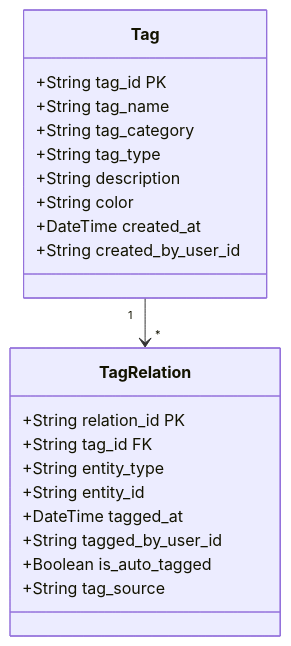
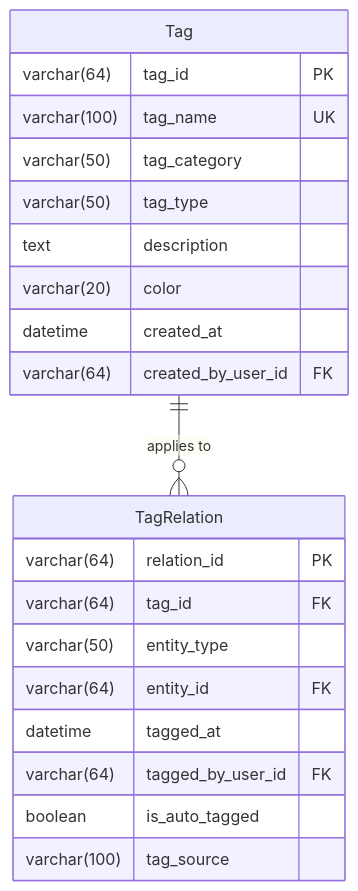
Before and after one commit to 312268112/advanced-java: diagram 11 of 26 in docs/b2b-cdp-entity-design.md, drawn with Mermaid. The commit also changed other lines of this file, not shown here.

Commit message:
Refactor: Improve B2B CDP entity design documentation

````diff
--- a/docs/b2b-cdp-entity-design.md
+++ b/docs/b2b-cdp-entity-design.md
@@ -567,26 +666,26 @@
 ```mermaid
-classDiagram
-    class Tag {
-        +String tag_id PK
-        +String tag_name
-        +String tag_category
-        +String tag_type
-        +String description
-        +String color
-        +DateTime created_at
-        +String created_by_user_id
+erDiagram
+    Tag ||--o{ TagRelation : "applies to"
+    
+    Tag {
+        varchar(64) tag_id PK
+        varchar(100) tag_name UK
+        varchar(50) tag_category
+        varchar(50) tag_type
+        text description
+        varchar(20) color
+        datetime created_at
+        varchar(64) created_by_user_id FK
     }
     
-    class TagRelation {
-        +String relation_id PK
-        +String tag_id FK
-        +String entity_type
-        +String entity_id
-        +DateTime tagged_at
-        +String tagged_by_user_id
-        +Boolean is_auto_tagged
-        +String tag_source
+    TagRelation {
+        varchar(64) relation_id PK
+        varchar(64) tag_id FK
+        varchar(50) entity_type
+        varchar(64) entity_id FK
+        datetime tagged_at
+        varchar(64) tagged_by_user_id FK
+        boolean is_auto_tagged
+        varchar(100) tag_source
     }
-    
-    Tag "1" --> "*" TagRelation
 ```
````
